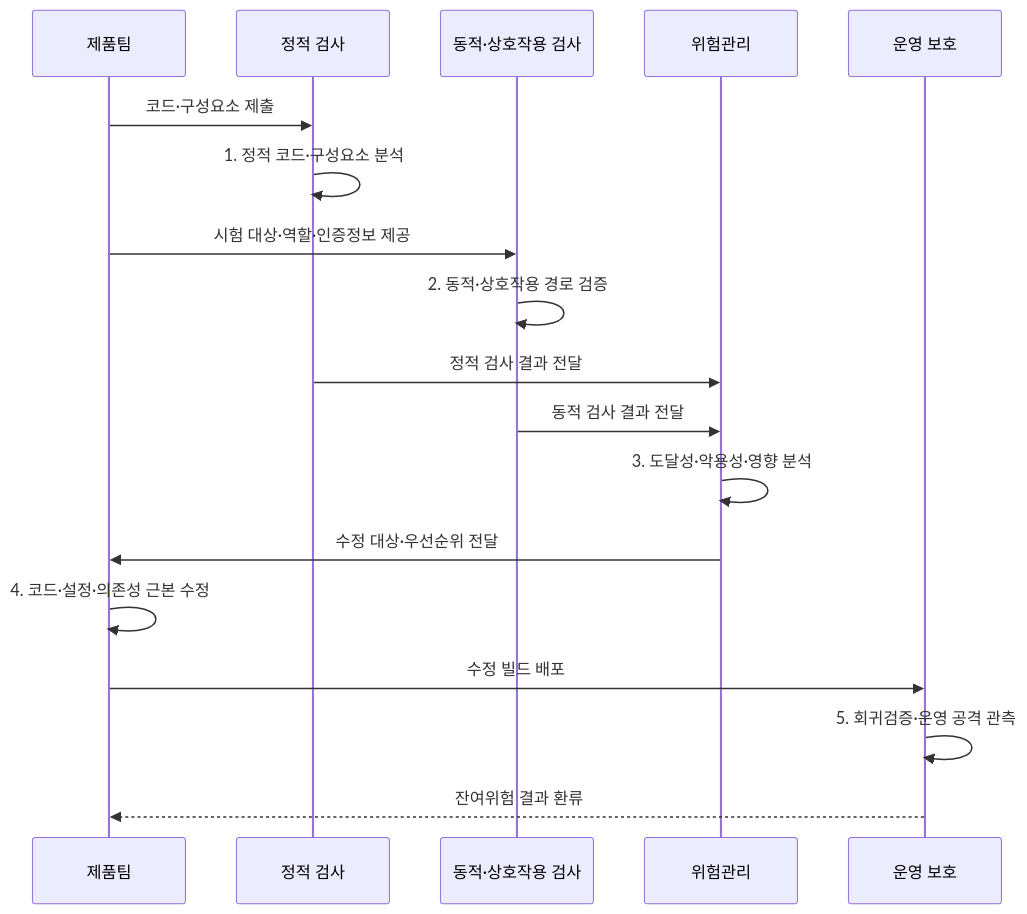
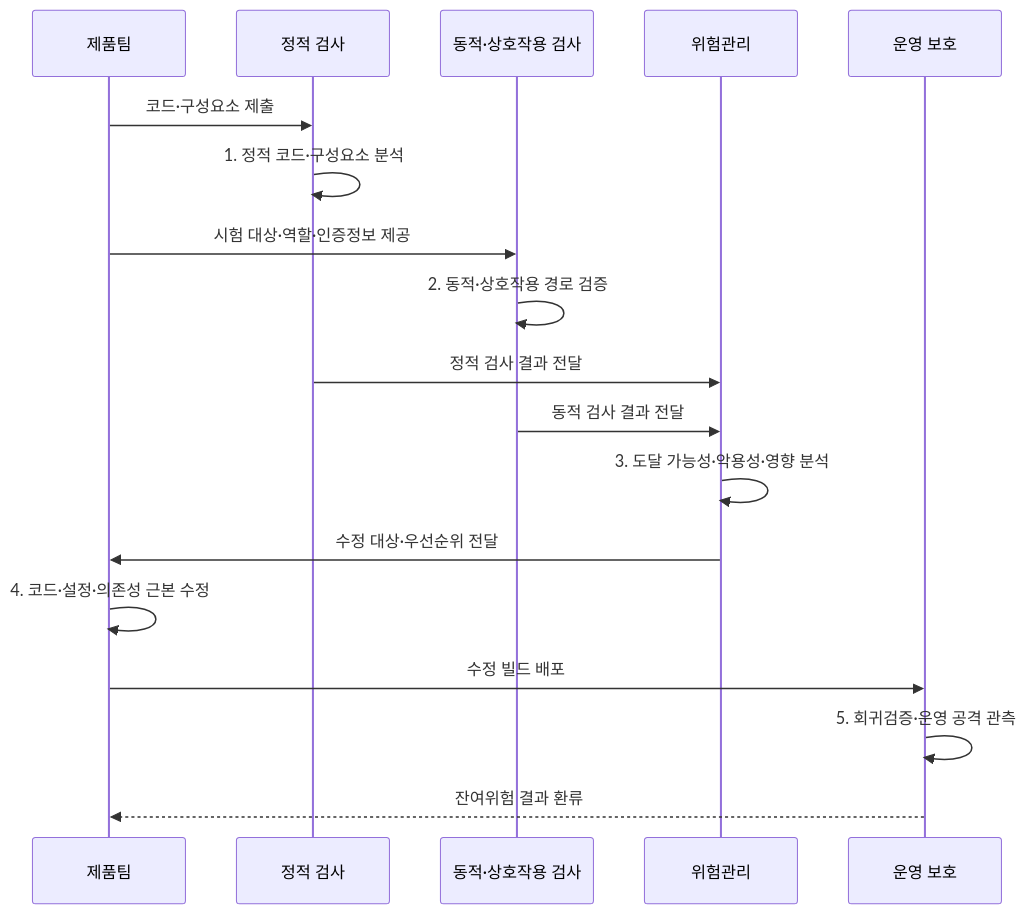
The second of 2 diagrams in src/content/docs/notes/05-security/145_sast_dast_iast_rasp.md (agnusdei1207/knowledge-base), drawn with Mermaid before and after one commit. The commit also changed other lines of this file and 6 other files, not shown here.

````diff
--- a/src/content/docs/notes/05-security/145_sast_dast_iast_rasp.md
+++ b/src/content/docs/notes/05-security/145_sast_dast_iast_rasp.md
@@ -81,20 +81,20 @@
 ```mermaid
 sequenceDiagram
   participant T as 제품팀
   participant S as 정적 검사
   participant D as 동적·상호작용 검사
   participant R as 위험관리
   participant O as 운영 보호
   T->>S: 코드·구성요소 제출
   S->>S: 1. 정적 코드·구성요소 분석
   T->>D: 시험 대상·역할·인증정보 제공
   D->>D: 2. 동적·상호작용 경로 검증
   S->>R: 정적 검사 결과 전달
   D->>R: 동적 검사 결과 전달
-  R->>R: 3. 도달성·악용성·영향 분석
+  R->>R: 3. 도달 가능성·악용성·영향 분석
   R->>T: 수정 대상·우선순위 전달
   T->>T: 4. 코드·설정·의존성 근본 수정
   T->>O: 수정 빌드 배포
   O->>O: 5. 회귀검증·운영 공격 관측
   O-->>T: 잔여위험 결과 환류
 ```
````
